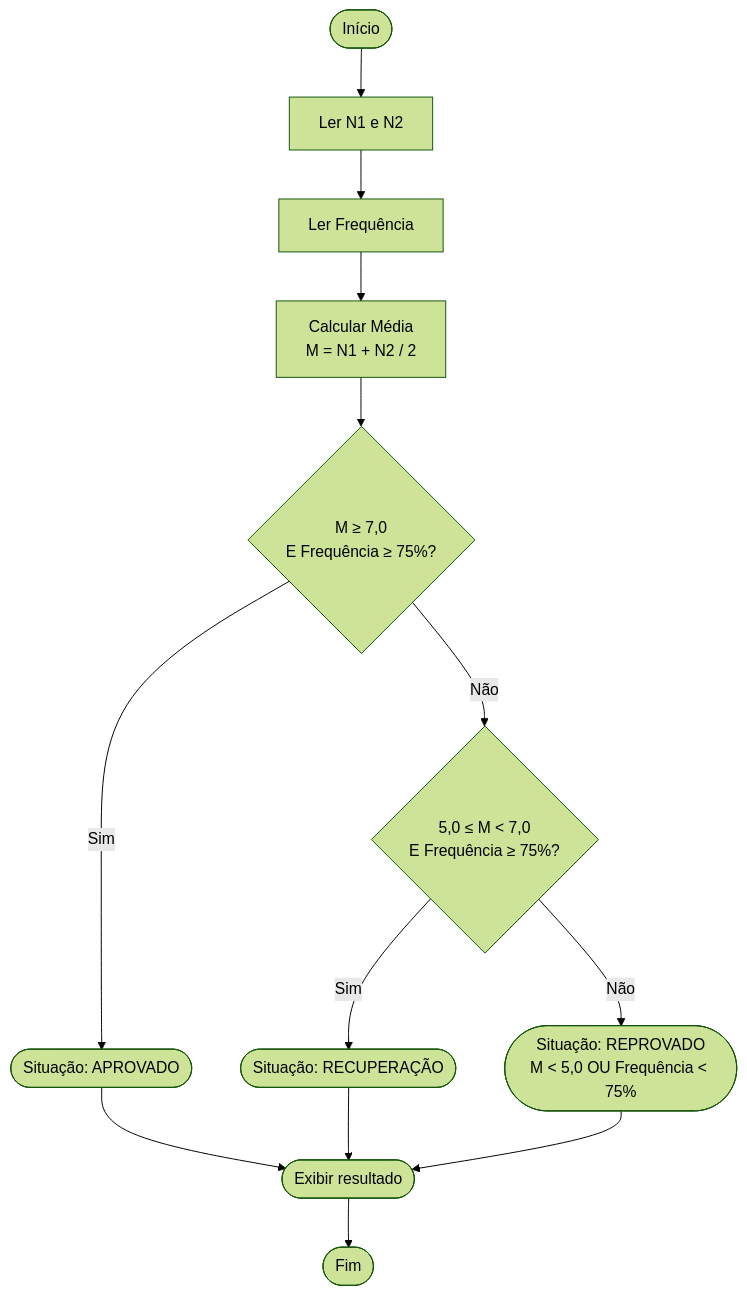
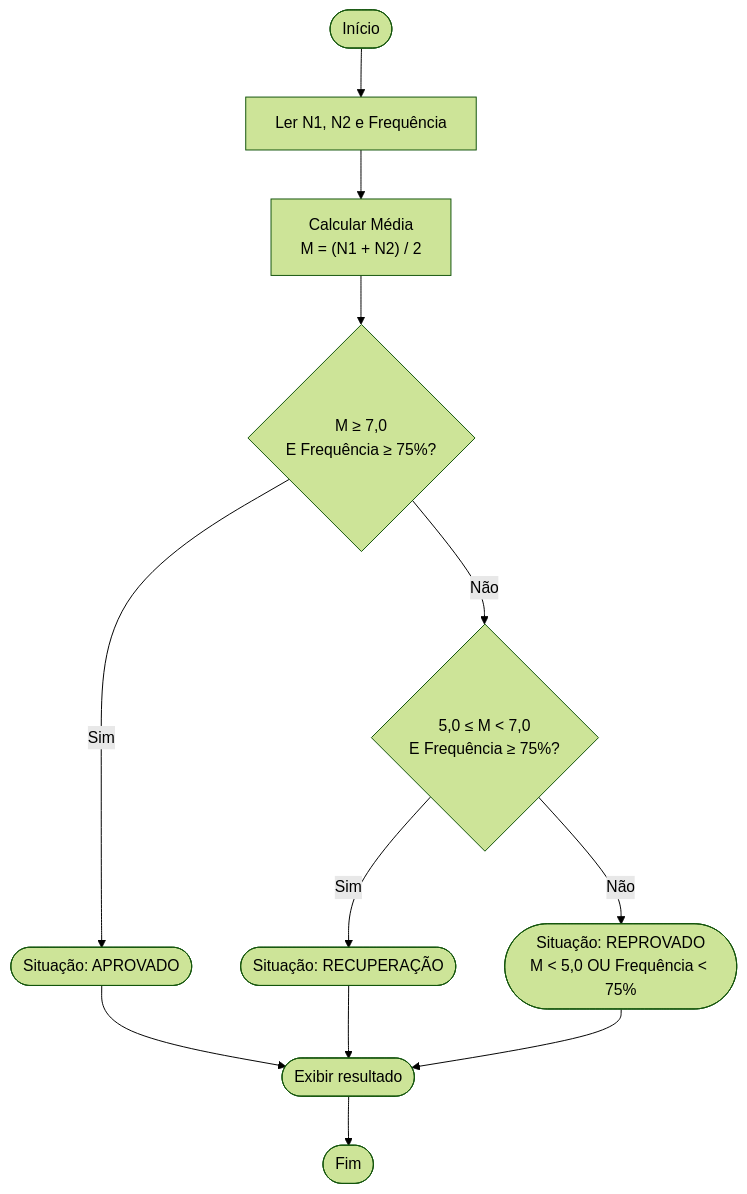
The diagram in fluxograma_atividade.md (vickzcouto/EduLogic-Sistemas), drawn with Mermaid (forest theme) before and after one commit.

Commit message:
Correções aplicadas ao fluxograma.

````diff
--- a/fluxograma_atividade.md
+++ b/fluxograma_atividade.md
@@ -5,18 +5,17 @@
 ```mermaid
 flowchart TD
-    A([Início]) --> B[Ler N1 e N2]
-    B --> C[Ler Frequência]
-    C --> D[Calcular Média\nM = N1 + N2 / 2]
+    A([Início]) --> B[Ler N1, N2 e Frequência]
+    B --> C[Calcular Média\nM = &lpar;N1 + N2&rpar; / 2]
 
-    D --> E{M ≥ 7,0\nE Frequência ≥ 75%?}
-    E -- Sim --> F([Situação: APROVADO])
-    E -- Não --> G{5,0 ≤ M < 7,0\nE Frequência ≥ 75%?}
+    C --> D{M ≥ 7,0\nE Frequência ≥ 75%?}
+    D -- Sim --> E([Situação: APROVADO])
+    D -- Não --> F{5,0 ≤ M < 7,0\nE Frequência ≥ 75%?}
 
-    G -- Sim --> H([Situação: RECUPERAÇÃO])
-    G -- Não --> I([Situação: REPROVADO\nM < 5,0 OU Frequência < 75%])
+    F -- Sim --> G([Situação: RECUPERAÇÃO])
+    F -- Não --> H([Situação: REPROVADO\nM < 5,0 OU Frequência < 75%])
 
-    F --> J([Exibir resultado])
-    H --> J
-    I --> J
-    J --> K([Fim])
+    E --> I([Exibir resultado])
+    G --> I
+    H --> I
+    I --> J([Fim])
 ```
````
